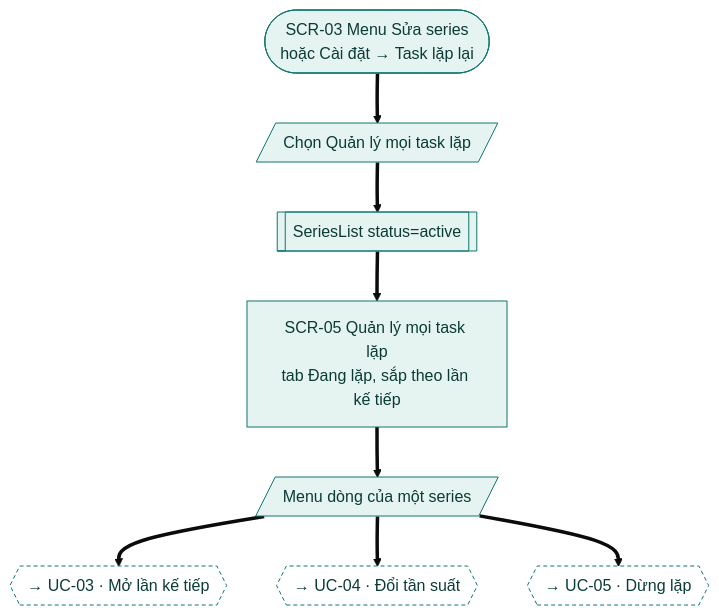
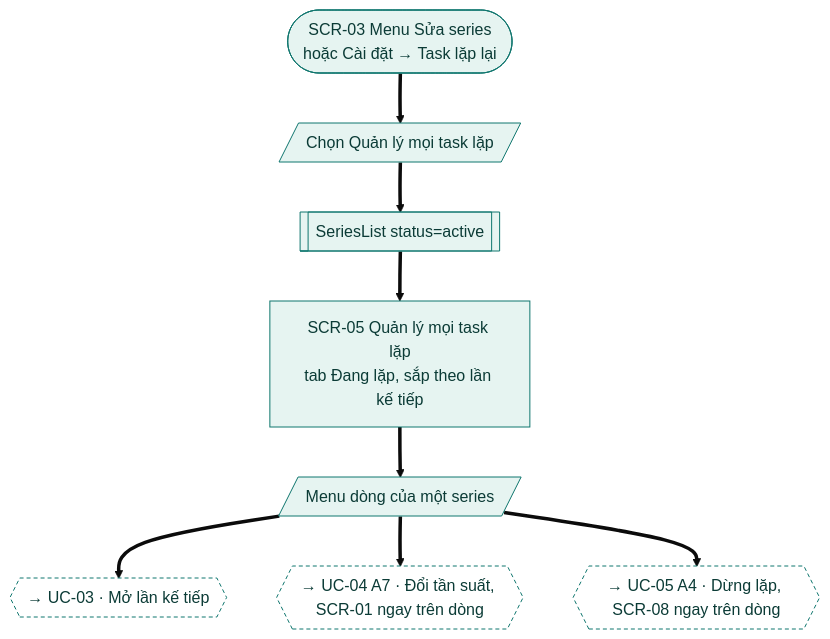
One commit to tannguyenho/personal-app changed diagram 18 of 19 in docs/design-brief/flow/g03-task-lap-lai.md. Above: the diagram before and after it, drawn with Mermaid (base theme). The commit also changed other lines of this file and 5 other files, not shown here.

First line of the commit message:
docs(G03, G06): áp quyết định PO 09/11 vào SRS, PRD, flow

````diff
--- a/docs/design-brief/flow/g03-task-lap-lai.md
+++ b/docs/design-brief/flow/g03-task-lap-lai.md
@@ -703,28 +753,28 @@
 ```mermaid
 flowchart TD
   start(["SCR-03 Menu Sửa series<br/>hoặc Cài đặt → Task lặp lại"])
   u1[/"Chọn Quản lý mọi task lặp"/]
   p1[["SeriesList status=active"]]
   s1["SCR-05 Quản lý mọi task lặp<br/>tab Đang lặp, sắp theo lần kế tiếp"]
   u2[/"Menu dòng của một series"/]
   x3{{"→ UC-03 · Mở lần kế tiếp"}}
-  x4{{"→ UC-04 · Đổi tần suất"}}
-  x5{{"→ UC-05 · Dừng lặp"}}
+  x4{{"→ UC-04 A7 · Đổi tần suất, SCR-01 ngay trên dòng"}}
+  x5{{"→ UC-05 A4 · Dừng lặp, SCR-08 ngay trên dòng"}}
 
   start ==> u1 ==> p1 ==> s1 ==> u2
   u2 ==> x3
   u2 ==> x4
   u2 ==> x5
 
   class start,u1,p1,s1,u2 happy
   class x3,x4,x5 link
   classDef happy fill:#E6F4F1,stroke:#0F766E,color:#0B3B36
   classDef alt fill:#F1F3F5,stroke:#6B7280,color:#1F2937
   classDef err fill:#FDECEC,stroke:#B42318,color:#5C1010
   classDef warn fill:#FEF4E2,stroke:#B45309,color:#4A2604
   classDef ai fill:#F1ECFD,stroke:#6D28D9,color:#2E1065
   classDef sync fill:#FFFFFF,stroke:#6B7280,stroke-dasharray:4 3,color:#1F2937
   classDef link fill:#FFFFFF,stroke:#0F766E,stroke-dasharray:4 3,color:#0B3B36
   classDef done fill:#E6F4F1,stroke:#0F766E,stroke-width:3px,color:#0B3B36
   classDef fail fill:#FDECEC,stroke:#B42318,stroke-width:3px,color:#5C1010
 ```
````
